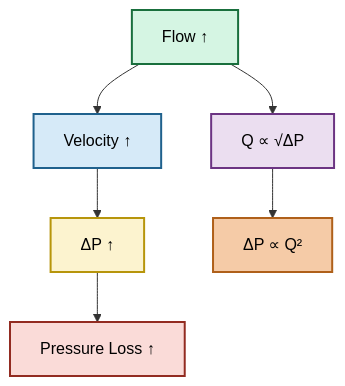
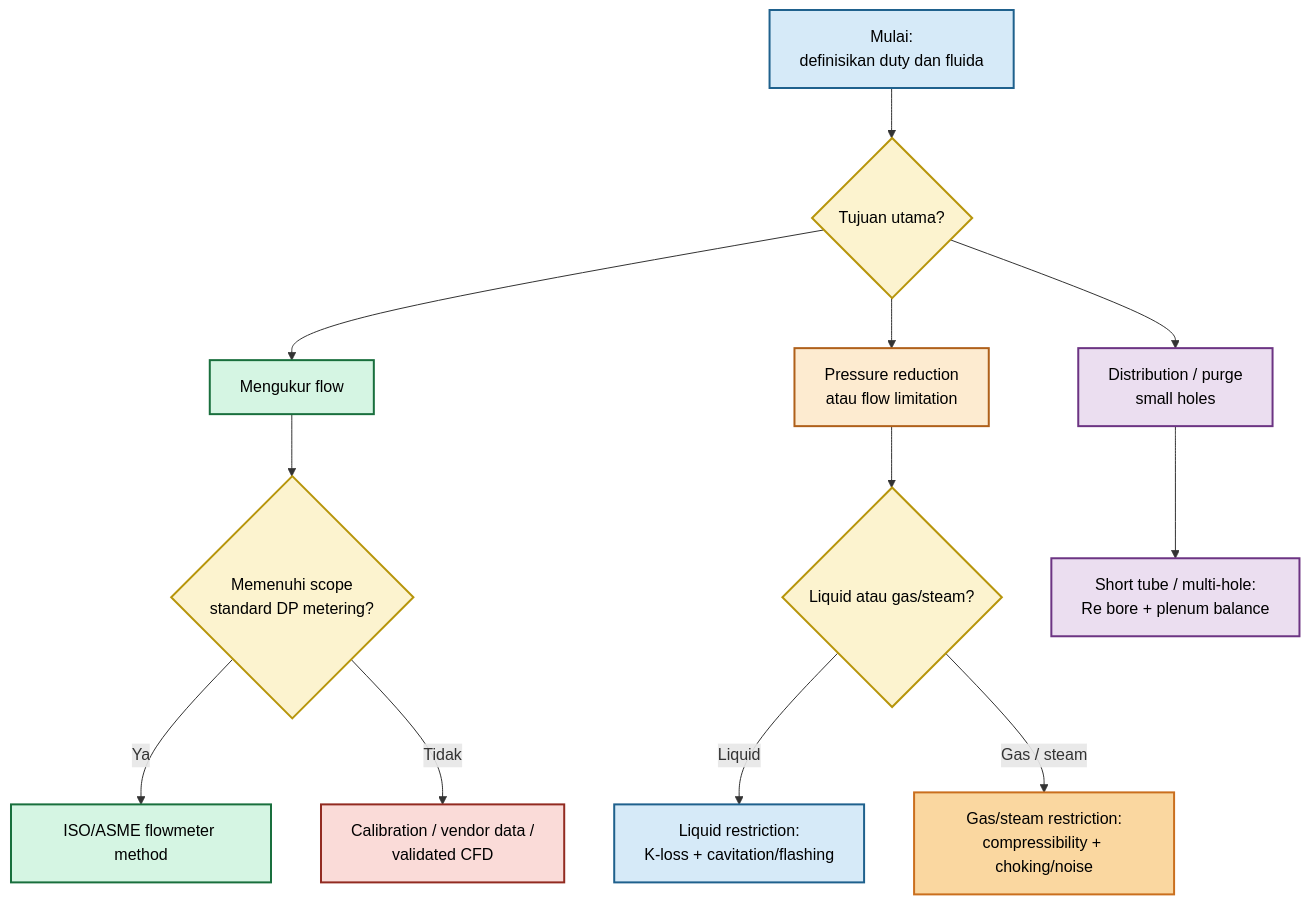
Diagram 18 of 18 in plugins/mx-core-docs/src/content/blog/maintenance/elins/orifice-plate.mdx (slametsampon/mx-core), drawn with Mermaid before and after one commit. The commit also changed other lines of this file and 4 other files, not shown here.

````diff
--- a/plugins/mx-core-docs/src/content/blog/maintenance/elins/orifice-plate.mdx
+++ b/plugins/mx-core-docs/src/content/blog/maintenance/elins/orifice-plate.mdx
@@ -1924,17 +7238,37 @@
-```mermaid id="dp_summary"
-flowchart TD
+```mermaid id="model_selection_appendix"
+flowchart TB
+    A["Mulai:<br/>definisikan duty dan fluida"]:::start
+    B{"Tujuan utama?"}:::decision
+    C["Mengukur flow"]:::meter
+    D["Pressure reduction<br/>atau flow limitation"]:::restrict
+    E["Distribution / purge<br/>small holes"]:::small
 
-A["Flow ↑"]:::a --> B["Velocity ↑"]:::b
-B --> C["ΔP ↑"]:::c
-C --> D["Pressure Loss ↑"]:::d
+    F{"Memenuhi scope<br/>standard DP metering?"}:::decision
+    G["ISO/ASME flowmeter method"]:::good
+    H["Calibration / vendor data /<br/>validated CFD"]:::warn
 
-A --> E["Q ∝ √ΔP"]:::e
-E --> F["ΔP ∝ Q²"]:::f
+    I{"Liquid atau gas/steam?"}:::decision
+    J["Liquid restriction:<br/>K-loss + cavitation/flashing"]:::liquid
+    K["Gas/steam restriction:<br/>compressibility + choking/noise"]:::gas
 
-classDef a fill:#D5F5E3,color:#000,stroke:#196F3D,stroke-width:2px;
-classDef b fill:#D6EAF8,color:#000,stroke:#1F618D,stroke-width:2px;
-classDef c fill:#FCF3CF,color:#000,stroke:#B7950B,stroke-width:2px;
-classDef d fill:#FADBD8,color:#000,stroke:#922B21,stroke-width:2px;
-classDef e fill:#EBDEF0,color:#000,stroke:#6C3483,stroke-width:2px;
-classDef f fill:#F5CBA7,color:#000,stroke:#AF601A,stroke-width:2px;
+    L["Short tube / multi-hole:<br/>Re bore + plenum balance"]:::small
+
+    A --> B
+    B --> C --> F
+    F -->|"Ya"| G
+    F -->|"Tidak"| H
+    B --> D --> I
+    I -->|"Liquid"| J
+    I -->|"Gas / steam"| K
+    B --> E --> L
+
+    classDef start fill:#D6EAF8,stroke:#1F618D,color:#000,stroke-width:2px;
+    classDef decision fill:#FCF3CF,stroke:#B7950B,color:#000,stroke-width:2px;
+    classDef meter fill:#D5F5E3,stroke:#196F3D,color:#000,stroke-width:2px;
+    classDef restrict fill:#FDEBD0,stroke:#AF601A,color:#000,stroke-width:2px;
+    classDef small fill:#EBDEF0,stroke:#6C3483,color:#000,stroke-width:2px;
+    classDef good fill:#D5F5E3,stroke:#196F3D,color:#000,stroke-width:2px;
+    classDef warn fill:#FADBD8,stroke:#922B21,color:#000,stroke-width:2px;
+    classDef liquid fill:#D6EAF8,stroke:#1F618D,color:#000,stroke-width:2px;
+    classDef gas fill:#FAD7A0,stroke:#CA6F1E,color:#000,stroke-width:2px;
 ```
````
